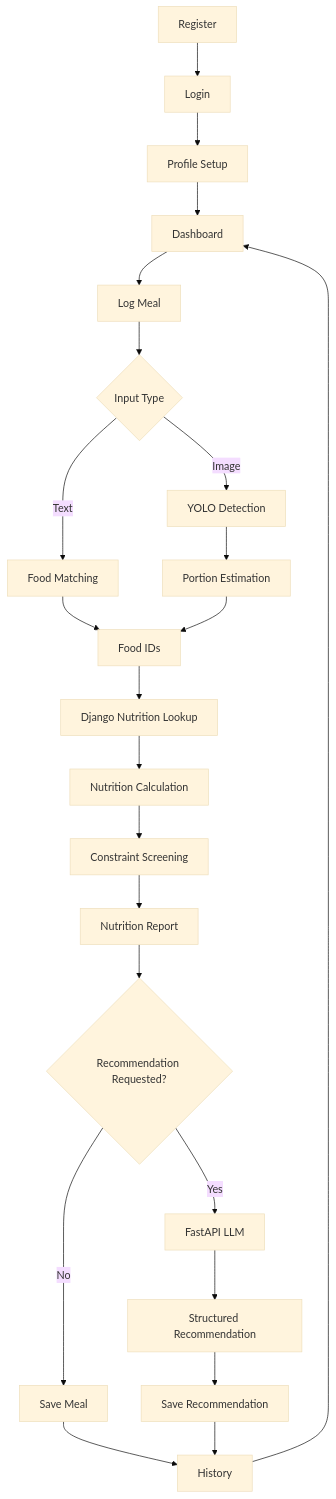
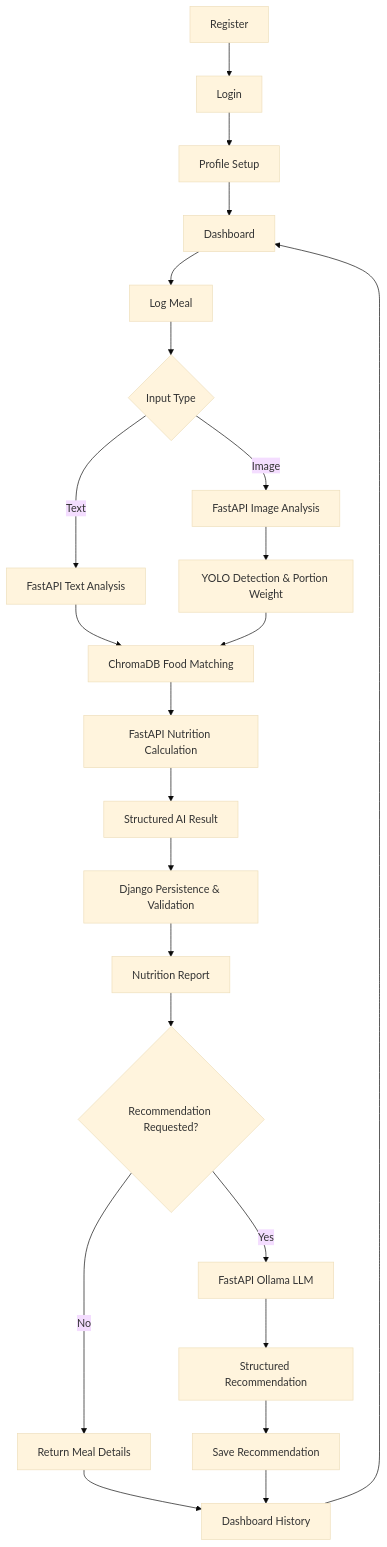
One commit to HimalBhandari05/Nepali-Diet-Advisory-System changed the ninth of 10 diagrams in docs/full_backend_system_blueprint.md. Above: the diagram before and after it, drawn with Mermaid (base theme). The commit also changed other lines of this file and 2 other files, not shown here.

Commit message:
docs: update system architecture blueprint and add service startup script

````diff
--- a/docs/full_backend_system_blueprint.md
+++ b/docs/full_backend_system_blueprint.md
@@ -3040,34 +2504,34 @@
 ``` mermaid
 flowchart TD
     A[Register] --> B[Login]
     B --> C[Profile Setup]
     C --> D[Dashboard]
 
     D --> E[Log Meal]
 
     E --> F{Input Type}
 
-    F -->|Text| G[Food Matching]
-    F -->|Image| H[YOLO Detection]
+    F -->|Text| G[FastAPI Text Analysis]
+    F -->|Image| H[FastAPI Image Analysis]
 
-    G --> I[Food IDs]
-    H --> J[Portion Estimation]
+    G --> I[ChromaDB Food Matching]
+    H --> J[YOLO Detection & Portion Weight]
+
     J --> I
+    I --> K[FastAPI Nutrition Calculation]
 
-    I --> K[Django Nutrition Lookup]
-    K --> L[Nutrition Calculation]
+    K --> L[Structured AI Result]
+    L --> M[Django Persistence & Validation]
 
-    L --> M[Constraint Screening]
     M --> N[Nutrition Report]
-
     N --> O{Recommendation Requested?}
 
-    O -->|No| P[Save Meal]
-    O -->|Yes| Q[FastAPI LLM]
+    O -->|No| P[Return Meal Details]
+    O -->|Yes| Q[FastAPI Ollama LLM]
     Q --> R[Structured Recommendation]
     R --> S[Save Recommendation]
 
-    P --> T[History]
+    P --> T[Dashboard History]
     S --> T
     T --> D
 ```
````
